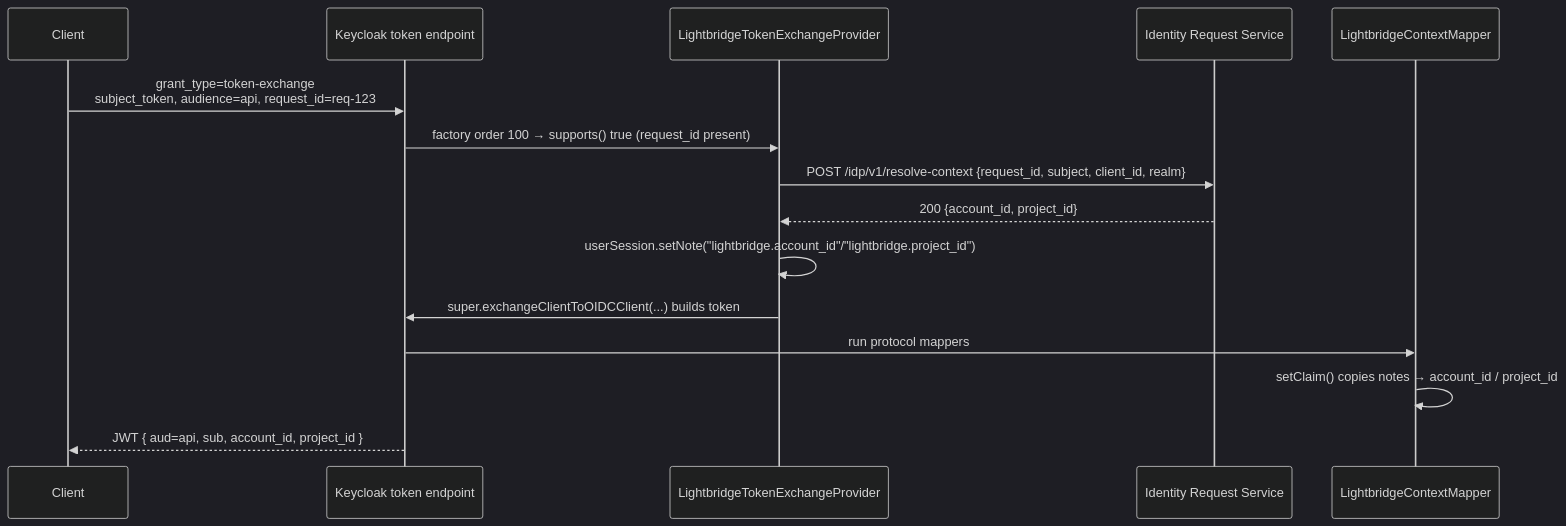
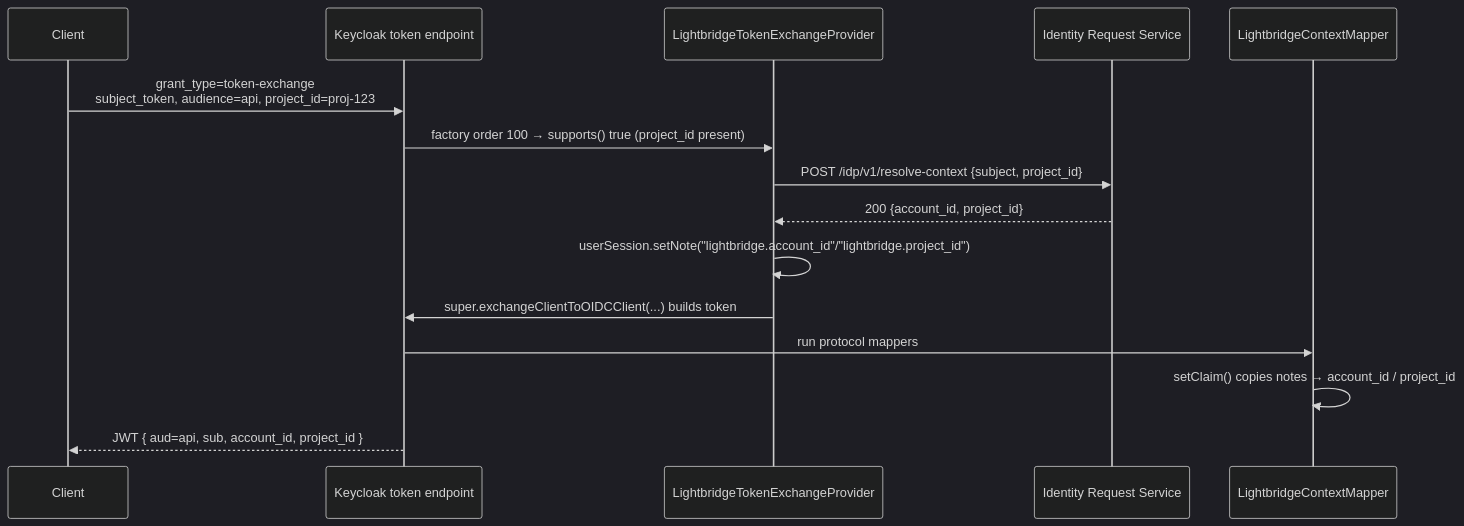
Before and after one commit to ADORSYS-GIS/lightbridge-keycloak-spi: the second of 2 diagrams in docs/architecture.md, drawn with Mermaid (dark theme). The commit also changed other lines of this file and 21 other files, not shown here.

First line of the commit message:
feat(token-exchange): resolve by (subject, project_id); drop request_id bridge (#1)

````diff
--- a/docs/architecture.md
+++ b/docs/architecture.md
@@ -29,18 +30,18 @@
 ```mermaid
 sequenceDiagram
     participant C as Client
     participant KC as Keycloak token endpoint
     participant TE as LightbridgeTokenExchangeProvider
     participant IRS as Identity Request Service
     participant PM as LightbridgeContextMapper
 
-    C->>KC: grant_type=token-exchange<br/>subject_token, audience=api, request_id=req-123
-    KC->>TE: factory order 100 → supports() true (request_id present)
-    TE->>IRS: POST /idp/v1/resolve-context {request_id, subject, client_id, realm}
+    C->>KC: grant_type=token-exchange<br/>subject_token, audience=api, project_id=proj-123
+    KC->>TE: factory order 100 → supports() true (project_id present)
+    TE->>IRS: POST /idp/v1/resolve-context {subject, project_id}
     IRS-->>TE: 200 {account_id, project_id}
     TE->>TE: userSession.setNote("lightbridge.account_id"/"lightbridge.project_id")
     TE->>KC: super.exchangeClientToOIDCClient(...) builds token
     KC->>PM: run protocol mappers
     PM->>PM: setClaim() copies notes → account_id / project_id
     KC-->>C: JWT { aud=api, sub, account_id, project_id }
 ```
````
